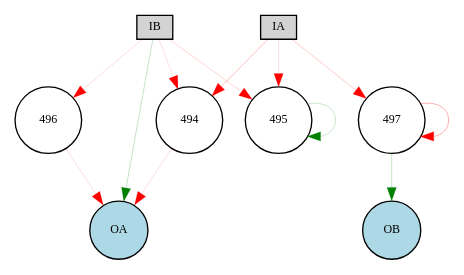
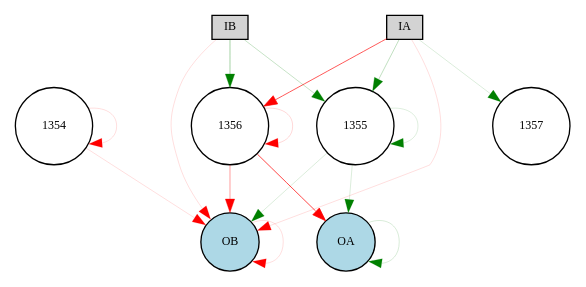
One commit to danxan/neuromorphic-evolution changed the diagram in source/cont_exp/Digraph.gv. Above: the diagram before and after it, drawn with Graphviz. The commit also changed 8 other files, not shown here.

```diff
--- a/source/cont_exp/Digraph.gv
+++ b/source/cont_exp/Digraph.gv
@@ -1,22 +1,27 @@
 digraph {
 	node [fontsize=9 height=0.2 shape=circle width=0.2]
 	IA [fillcolor=lightgray shape=box style=filled]
 	IB [fillcolor=lightgray shape=box style=filled]
 	OA [fillcolor=lightblue style=filled]
 	OB [fillcolor=lightblue style=filled]
-	494 [fillcolor=white style=filled]
-	496 [fillcolor=white style=filled]
-	497 [fillcolor=white style=filled]
-	IA -> 494 [color=red penwidth=0.21104272569484228 style=solid]
-	IA -> 495 [color=red penwidth=0.11100713943782133 style=solid]
-	IA -> 497 [color=red penwidth=0.16266430442110993 style=solid]
-	IB -> 494 [color=red penwidth=0.10062112867279721 style=solid]
-	IB -> 495 [color=red penwidth=0.12817141299674925 style=solid]
-	IB -> 496 [color=red penwidth=0.10882254454450625 style=solid]
-	494 -> OA [color=red penwidth=0.1 style=solid]
-	496 -> OA [color=red penwidth=0.1 style=solid]
-	497 -> OB [color=green penwidth=0.18443767095635544 style=solid]
-	IB -> OA [color=green penwidth=0.17342831611214266 style=solid]
-	495 -> 495 [color=green penwidth=0.1511372136418016 style=solid]
-	497 -> 497 [color=red penwidth=0.24392326024828417 style=solid]
+	1354 [fillcolor=white style=filled]
+	1355 [fillcolor=white style=filled]
+	1356 [fillcolor=white style=filled]
+	IA -> 1355 [color=green penwidth=0.19371710459866126 style=solid]
+	IA -> 1356 [color=red penwidth=0.48582803396903973 style=solid]
+	IA -> 1357 [color=green penwidth=0.10612651738850254 style=solid]
+	IB -> 1355 [color=green penwidth=0.16571696177506834 style=solid]
+	IB -> 1356 [color=green penwidth=0.2685922002716462 style=solid]
+	1354 -> OB [color=red penwidth=0.1 style=solid]
+	1355 -> OA [color=green penwidth=0.1116916802318297 style=solid]
+	1355 -> OB [color=green penwidth=0.10723395498825208 style=solid]
+	1356 -> OA [color=red penwidth=0.5428440245902377 style=solid]
+	1356 -> OB [color=red penwidth=0.28998976490093786 style=solid]
+	IA -> OB [color=red penwidth=0.1 style=solid]
+	IB -> OB [color=red penwidth=0.1 style=solid]
+	OA -> OA [color=green penwidth=0.12116244788376762 style=solid]
+	OB -> OB [color=red penwidth=0.1 style=solid]
+	1354 -> 1354 [color=red penwidth=0.1 style=solid]
+	1355 -> 1355 [color=green penwidth=0.10058396686139895 style=solid]
+	1356 -> 1356 [color=red penwidth=0.12042335314331457 style=solid]
 }
```
